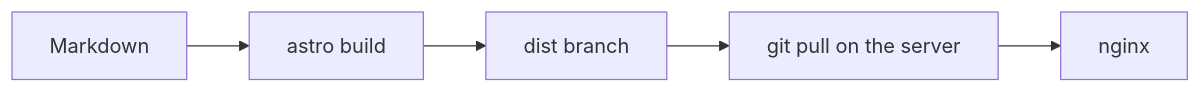
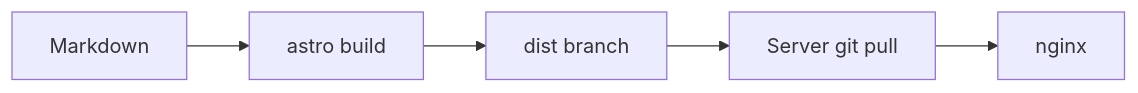
The diagram in src/content/blog/how-this-blog-works/en.md (eskopp/AstroBlog), drawn with Mermaid before and after one commit. The commit also changed 4 other files, not shown here.

Commit message:
Canonical Mermaid syntax in the diagram posts + theme v0.2.24

````diff
--- a/src/content/blog/how-this-blog-works/en.md
+++ b/src/content/blog/how-this-blog-works/en.md
@@ -201,7 +201,7 @@
 ```mermaid
 flowchart LR
-    A["Markdown"] --> B["astro build"]
-    B --> C["dist branch"]
-    C --> D["git pull on the server"]
-    D --> E["nginx"]
+    A[Markdown] --> B[astro build]
+    B --> C[dist branch]
+    C --> D[Server git pull]
+    D --> E[nginx]
 ```
````
